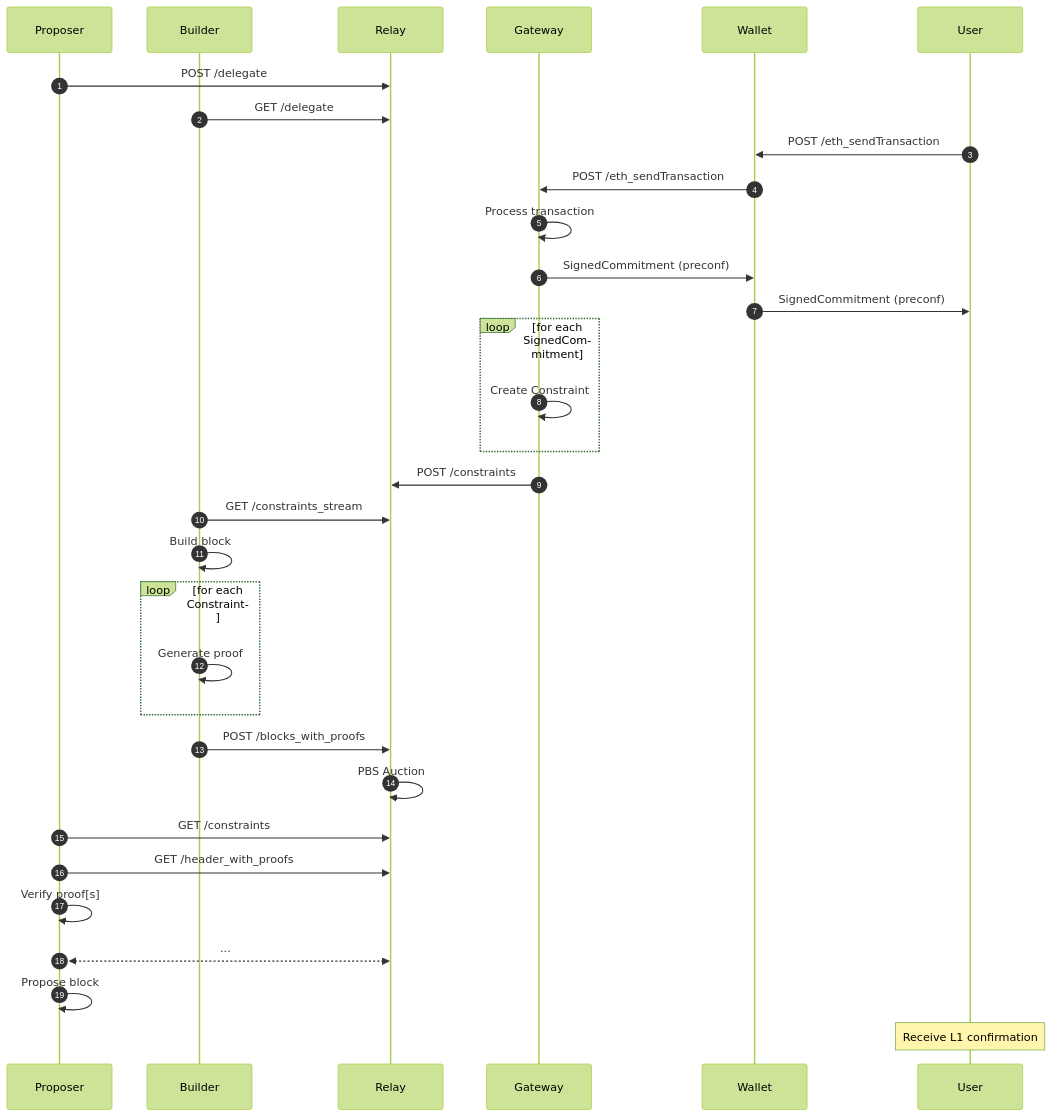
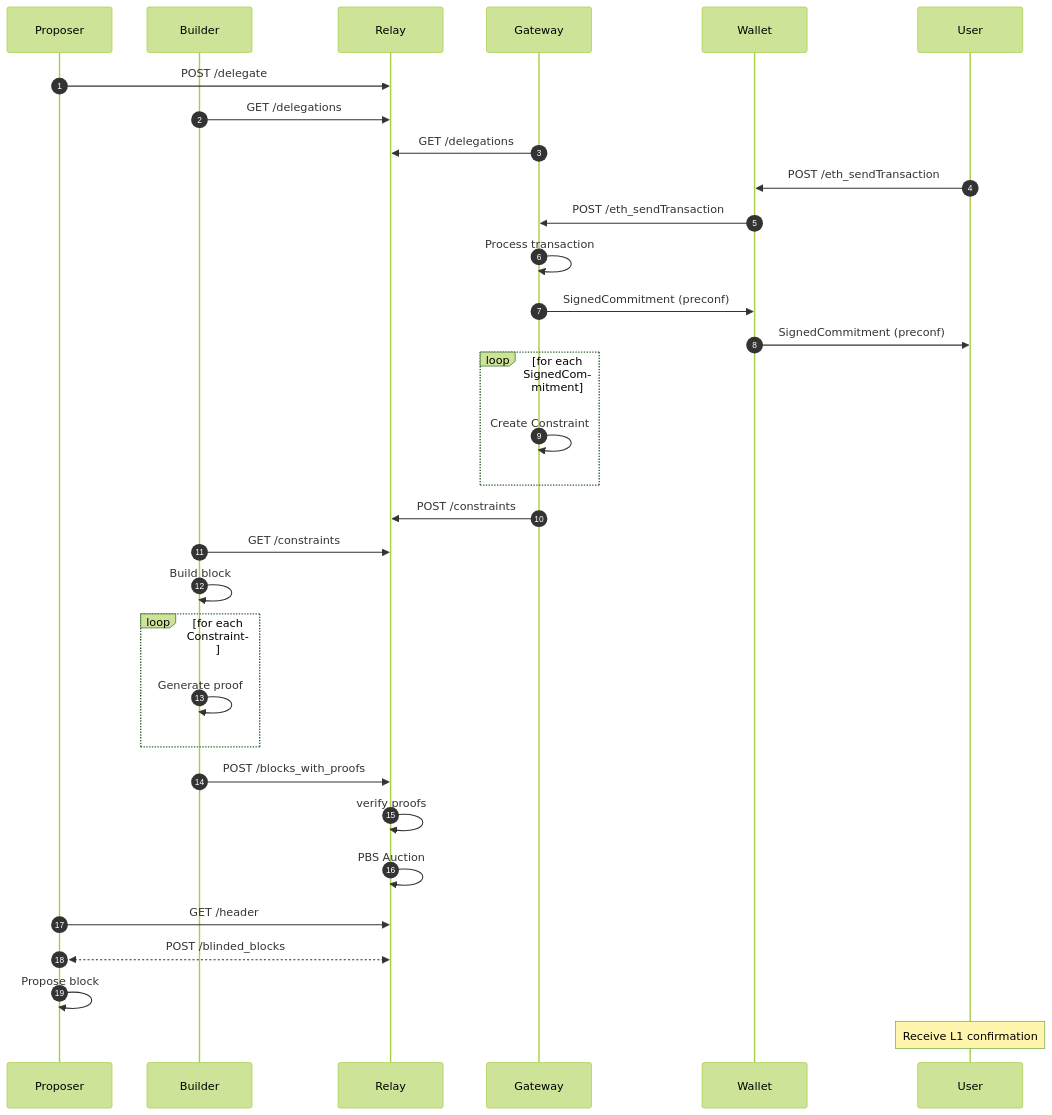
Before and after one commit to eth-fabric/constraints-specs: the diagram in specs/constraints-api.md, drawn with Mermaid (forest theme). The commit also changed other lines of this file and 7 other files, not shown here.

````diff
--- a/specs/constraints-api.md
+++ b/specs/constraints-api.md
@@ -528,36 +400,36 @@
 ```mermaid
 sequenceDiagram
 autonumber
     participant Proposer
     participant Builder
     participant Relay
     participant Gateway
     participant Wallet
     participant User
 
     Proposer->>Relay: POST /delegate
-    Builder->>Relay: GET /delegate
+    Builder->>Relay: GET /delegations
+    Gateway->>Relay: GET /delegations
     User->>Wallet: POST /eth_sendTransaction
     Wallet->>Gateway: POST /eth_sendTransaction
     Gateway->>Gateway: Process transaction
     Gateway->>Wallet: SignedCommitment (preconf)
     Wallet->>User: SignedCommitment (preconf)
     Loop for each SignedCommitment
         Gateway->>Gateway: Create Constraint
     end
     Gateway->>Relay: POST /constraints
-    Builder->>Relay: GET /constraints_stream
+    Builder->>Relay: GET /constraints
     Builder->>Builder: Build block
 
     Loop for each Constraint
         Builder->>Builder: Generate proof
     end
     Builder->>Relay: POST /blocks_with_proofs
+    Relay->>Relay: verify proofs
     Relay->>Relay: PBS Auction
-    Proposer->>Relay: GET /constraints
-    Proposer->>Relay: GET /header_with_proofs
-    Proposer->>Proposer: Verify proof[s]
-    Proposer<<-->>Relay: ...
+    Proposer->>Relay: GET /header
+    Proposer<<-->>Relay: POST /blinded_blocks
     Proposer->>Proposer: Propose block
     Note over User: Receive L1 confirmation
 ```
````
